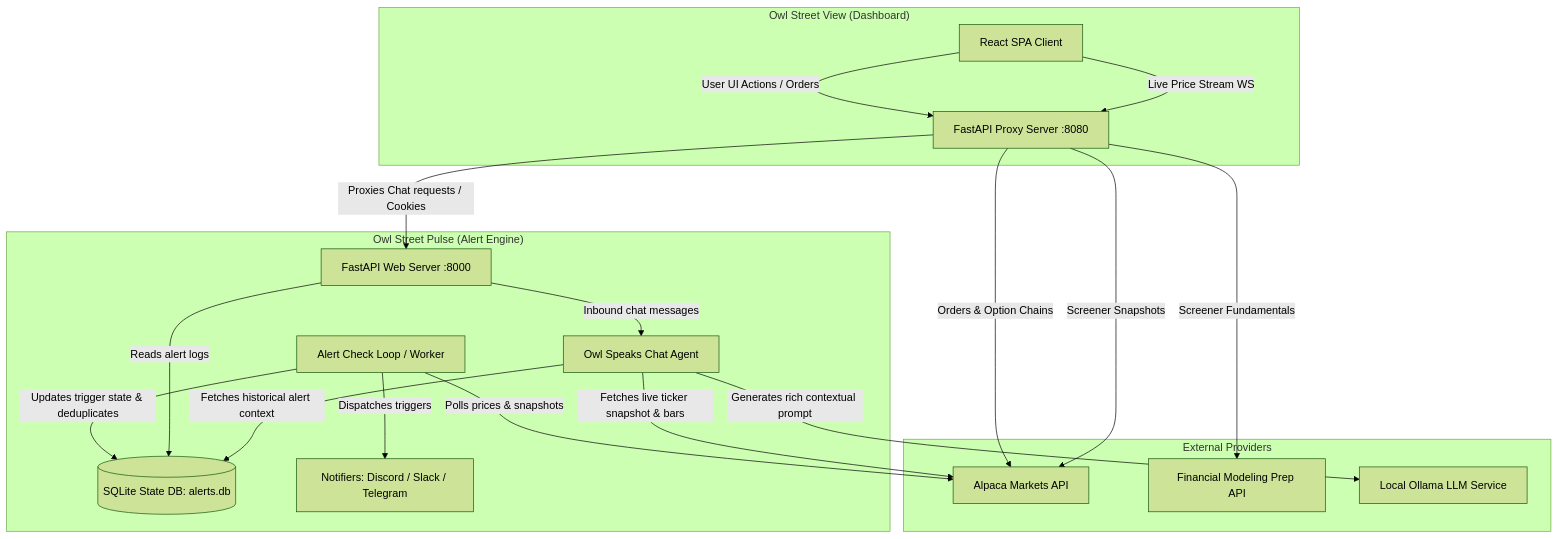
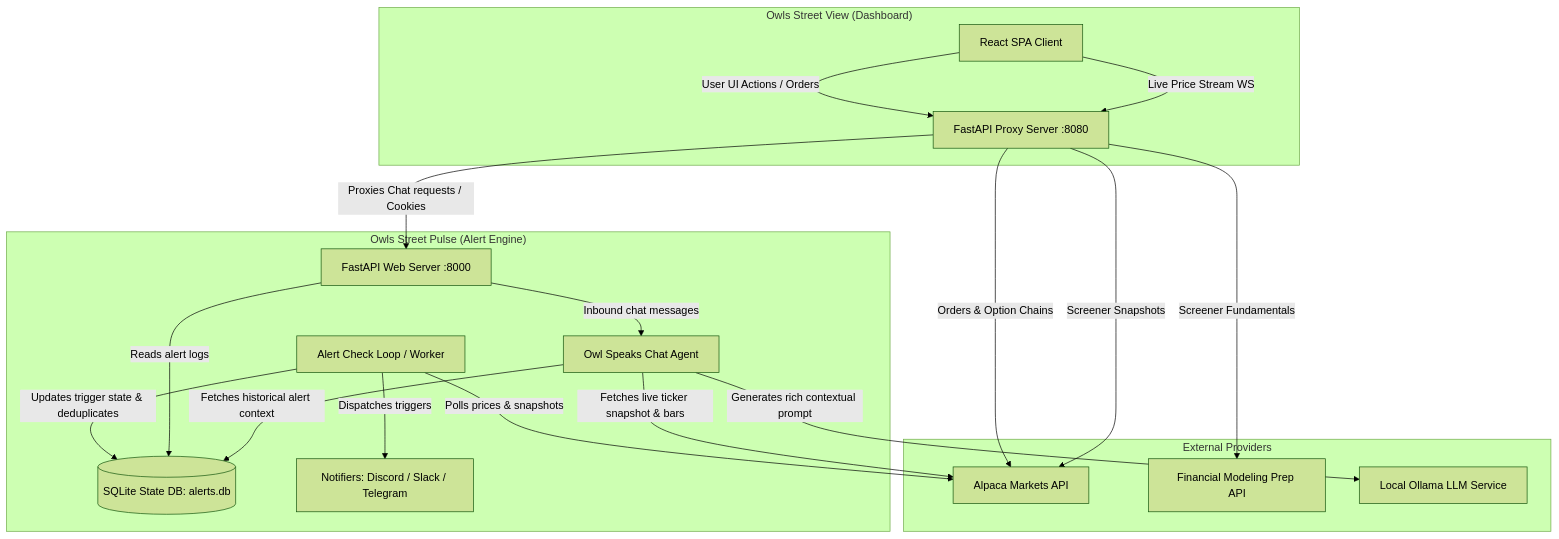
Before and after one commit to OpenOwls-at-Temple/owls-street: the diagram in README.md, drawn with Mermaid (forest theme). The commit also changed other lines of this file and 17 other files, not shown here.

Commit message:
Change 'Owl Street' references to 'Owls Street' and rebuild dashboard

````diff
--- a/README.md
+++ b/README.md
@@ -17,43 +17,43 @@
 ```mermaid
 graph TD
     subgraph "External Providers"
         Alpaca[Alpaca Markets API]
         FMP[Financial Modeling Prep API]
         Ollama[Local Ollama LLM Service]
     end
 
-    subgraph "Owl Street Pulse (Alert Engine)"
+    subgraph "Owls Street Pulse (Alert Engine)"
         PulseBE[FastAPI Web Server :8000]
         Engine[Alert Check Loop / Worker]
         PulseDB[(SQLite State DB: alerts.db)]
         Agent[Owl Speaks Chat Agent]
         Notifiers[Notifiers: Discord / Slack / Telegram]
     end
 
-    subgraph "Owl Street View (Dashboard)"
+    subgraph "Owls Street View (Dashboard)"
         ViewBE[FastAPI Proxy Server :8080]
         ReactFE[React SPA Client]
     end
 
     %% Client Interactions
     ReactFE -->|User UI Actions / Orders| ViewBE
     ReactFE -->|Live Price Stream WS| ViewBE
     ViewBE -->|Proxies Chat requests / Cookies| PulseBE
 
     %% Alerting and Engine Processing
     Engine -->|Polls prices & snapshots| Alpaca
     Engine -->|Updates trigger state & deduplicates| PulseDB
     Engine -->|Dispatches triggers| Notifiers
     PulseBE -->|Reads alert logs| PulseDB
 
     %% Chat Agent Processing
     PulseBE -->|Inbound chat messages| Agent
     Agent -->|Fetches historical alert context| PulseDB
     Agent -->|Fetches live ticker snapshot & bars| Alpaca
     Agent -->|Generates rich contextual prompt| Ollama
 
     %% View Server Ingest
     ViewBE -->|Orders & Option Chains| Alpaca
     ViewBE -->|Screener Snapshots| Alpaca
     ViewBE -->|Screener Fundamentals| FMP
 ```
````
